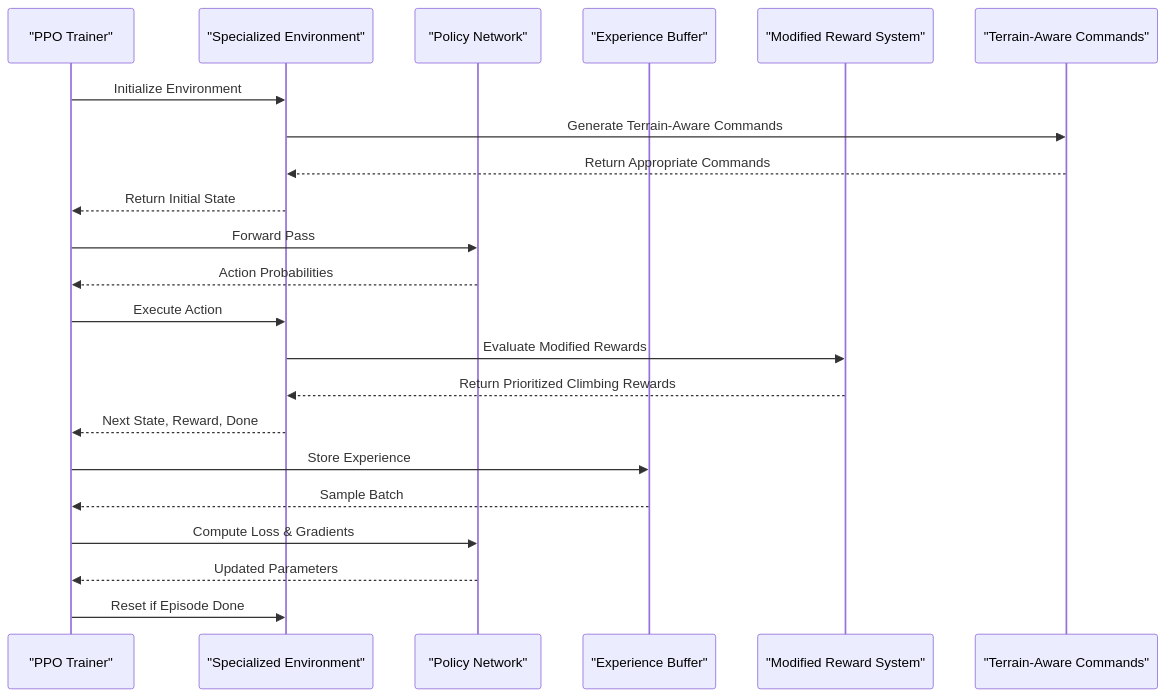
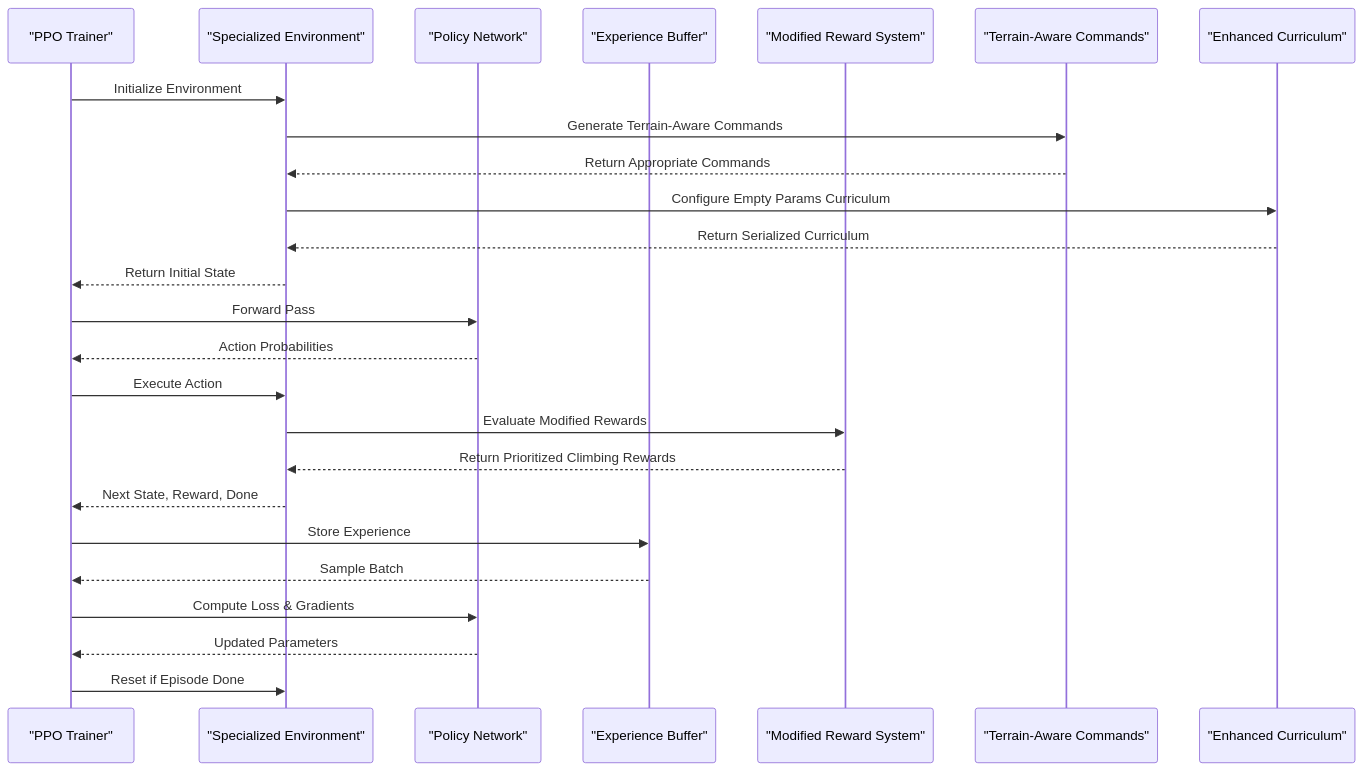
One commit to jayjayhust/robot_lab changed the fifth of 18 diagrams in .qoder/repowiki/en/content/ZSIBOT ZSL1 Stair Climbing Configuration.md. Above: the diagram before and after it, drawn with Mermaid. The commit also changed other lines of this file and 168 other files, not shown here.

````diff
--- a/.qoder/repowiki/en/content/ZSIBOT ZSL1 Stair Climbing Configuration.md
+++ b/.qoder/repowiki/en/content/ZSIBOT ZSL1 Stair Climbing Configuration.md
@@ -374,24 +382,27 @@
 ```mermaid
 sequenceDiagram
 participant Trainer as "PPO Trainer"
 participant Env as "Specialized Environment"
 participant Agent as "Policy Network"
 participant Memory as "Experience Buffer"
 participant Rewards as "Modified Reward System"
 participant Commands as "Terrain-Aware Commands"
+participant Curriculum as "Enhanced Curriculum"
 Trainer->>Env : Initialize Environment
 Env->>Commands : Generate Terrain-Aware Commands
 Commands-->>Env : Return Appropriate Commands
+Env->>Curriculum : Configure Empty Params Curriculum
+Curriculum-->>Env : Return Serialized Curriculum
 Env-->>Trainer : Return Initial State
 Trainer->>Agent : Forward Pass
 Agent-->>Trainer : Action Probabilities
 Trainer->>Env : Execute Action
 Env->>Rewards : Evaluate Modified Rewards
 Rewards-->>Env : Return Prioritized Climbing Rewards
 Env-->>Trainer : Next State, Reward, Done
 Trainer->>Memory : Store Experience
 Memory-->>Trainer : Sample Batch
 Trainer->>Agent : Compute Loss & Gradients
 Agent-->>Trainer : Updated Parameters
 Trainer->>Env : Reset if Episode Done
 ```
````
